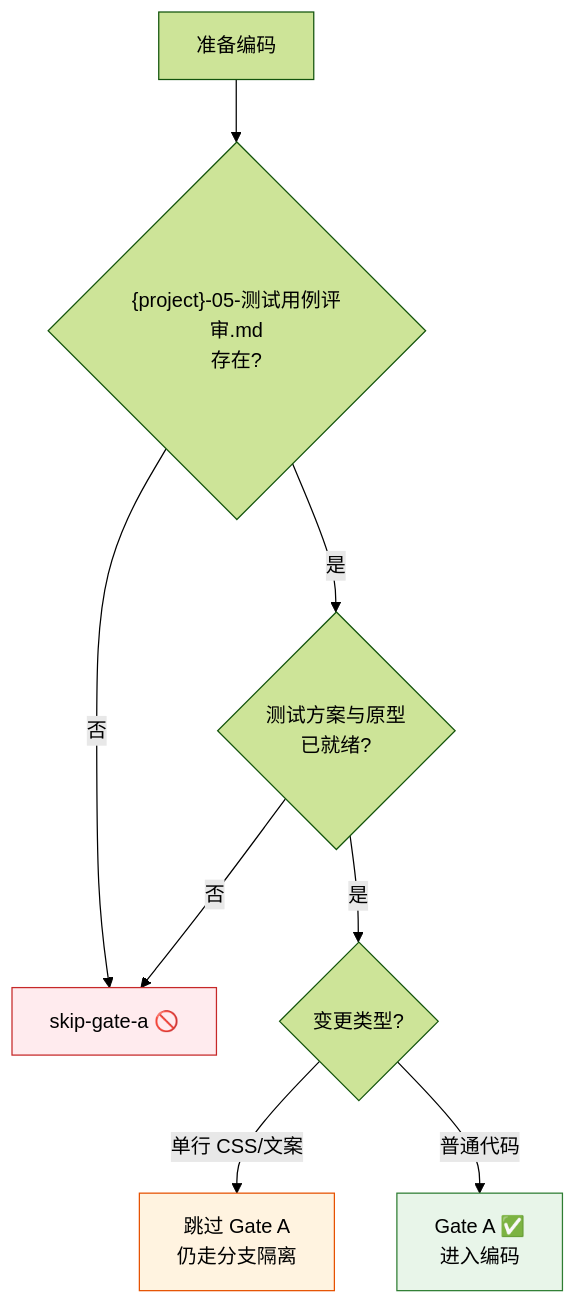
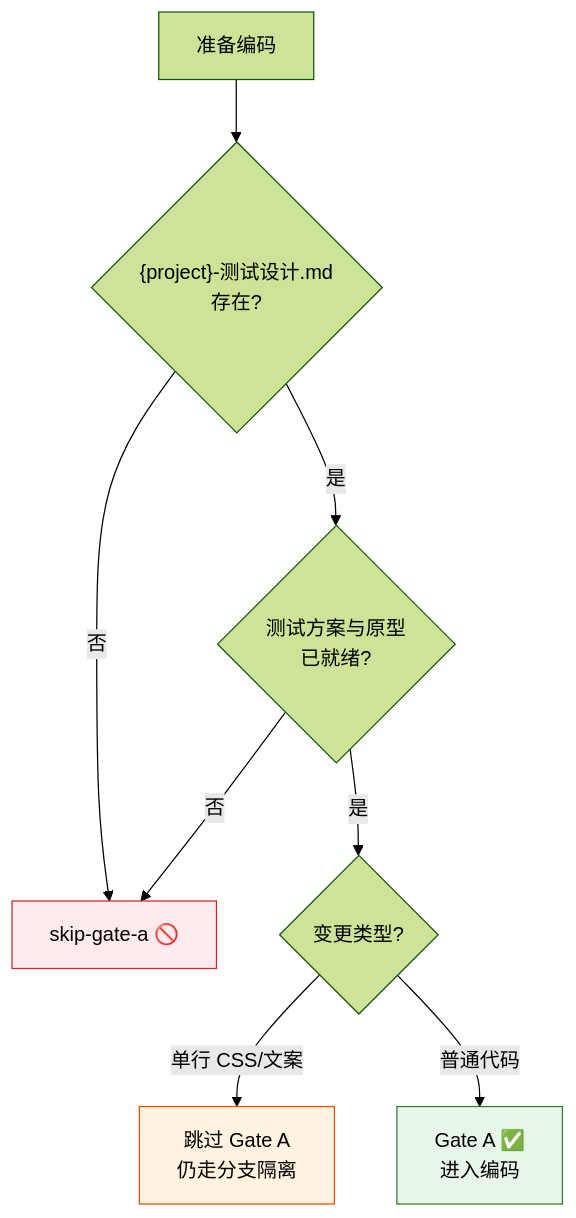
The fourth of 10 diagrams in rules/code-pipeline.md (effiy/YrY), drawn with Mermaid (forest theme) before and after one commit. The commit also changed other lines of this file and 90 other files, not shown here.

````diff
--- a/rules/code-pipeline.md
+++ b/rules/code-pipeline.md
@@ -113,14 +113,14 @@
 ```mermaid
 flowchart TD
-    ENTER["准备编码"] --> Q1{"{project}-05-测试用例评审.md<br/>存在?"}
+    ENTER["准备编码"] --> Q1{"{project}-测试设计.md<br/>存在?"}
     Q1 -->|"否"| BLOCK["skip-gate-a 🚫"]:::block
     Q1 -->|"是"| Q2{"测试方案与原型<br/>已就绪?"}
     Q2 -->|"否"| BLOCK
     Q2 -->|"是"| Q3{"变更类型?"}
     Q3 -->|"单行 CSS/文案"| BYPASS["跳过 Gate A<br/>仍走分支隔离"]:::bypass
     Q3 -->|"普通代码"| PASS["Gate A ✅<br/>进入编码"]:::pass
 
     classDef block fill:#ffebee,stroke:#c62828;
     classDef bypass fill:#fff3e0,stroke:#e65100;
     classDef pass fill:#e8f5e9,stroke:#2e7d32;
 ```
````
